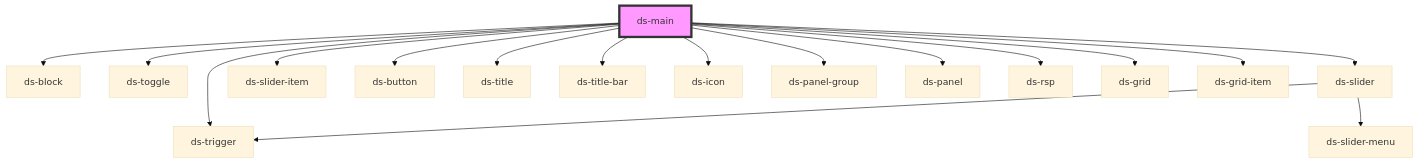
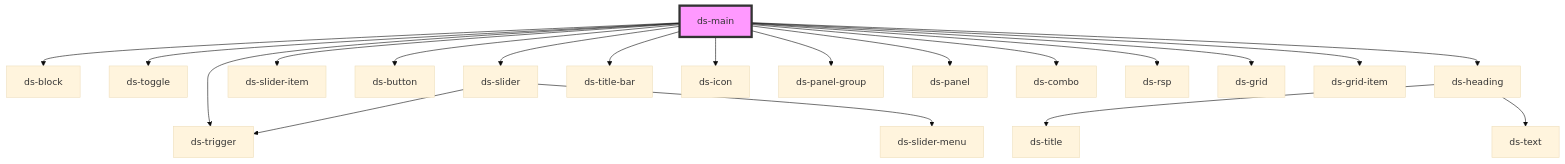
The diagram in components/demo/readme.md (jezoock/dot-stash), drawn with Mermaid (base theme) before and after one commit. The commit also changed other lines of this file and 7 other files, not shown here.

````diff
--- a/components/demo/readme.md
+++ b/components/demo/readme.md
@@ -47,20 +48,23 @@
 ```mermaid
 graph TD;
   ds-main --> ds-block
   ds-main --> ds-toggle
   ds-main --> ds-slider
   ds-main --> ds-slider-item
   ds-main --> ds-button
   ds-main --> ds-trigger
-  ds-main --> ds-title
+  ds-main --> ds-heading
   ds-main --> ds-title-bar
   ds-main --> ds-icon
   ds-main --> ds-panel-group
   ds-main --> ds-panel
+  ds-main --> ds-combo
   ds-main --> ds-rsp
   ds-main --> ds-grid
   ds-main --> ds-grid-item
   ds-slider --> ds-trigger
   ds-slider --> ds-slider-menu
+  ds-heading --> ds-title
+  ds-heading --> ds-text
   style ds-main fill:#f9f,stroke:#333,stroke-width:4px
 ```
````
